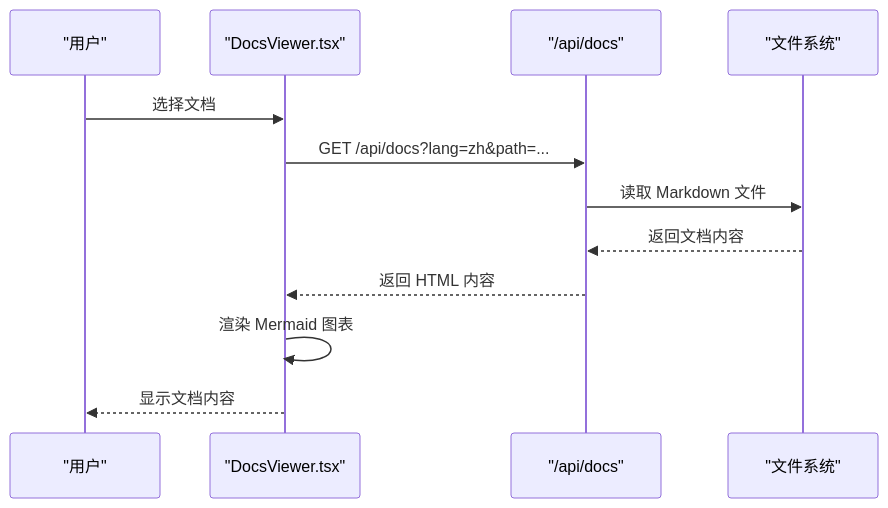
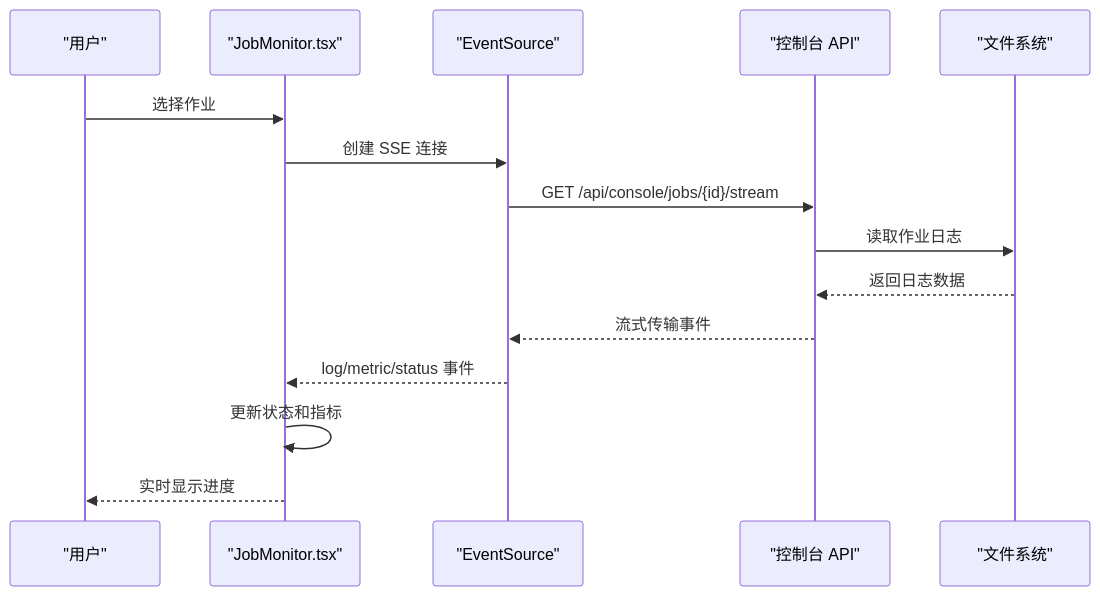
The fourth of 6 diagrams in .qoder/repowiki/zh/content/Playground 界面.md (joezxh/kev), drawn with Mermaid before and after one commit. The commit also changed other lines of this file and 70 other files, not shown here.

````diff
--- a/.qoder/repowiki/zh/content/Playground 界面.md
+++ b/.qoder/repowiki/zh/content/Playground 界面.md
@@ -239,14 +340,17 @@
 ```mermaid
 sequenceDiagram
 participant U as "用户"
-participant DV as "DocsViewer.tsx"
-participant API as "/api/docs"
+participant JM as "JobMonitor.tsx"
+participant ES as "EventSource"
+participant API as "控制台 API"
 participant FS as "文件系统"
-U->>DV : 选择文档
-DV->>API : GET /api/docs?lang=zh&path=...
-API->>FS : 读取 Markdown 文件
-FS-->>API : 返回文档内容
-API-->>DV : 返回 HTML 内容
-DV->>DV : 渲染 Mermaid 图表
-DV-->>U : 显示文档内容
+U->>JM : 选择作业
+JM->>ES : 创建 SSE 连接
+ES->>API : GET /api/console/jobs/{id}/stream
+API->>FS : 读取作业日志
+FS-->>API : 返回日志数据
+API-->>ES : 流式传输事件
+ES-->>JM : log/metric/status 事件
+JM->>JM : 更新状态和指标
+JM-->>U : 实时显示进度
 ```
````
